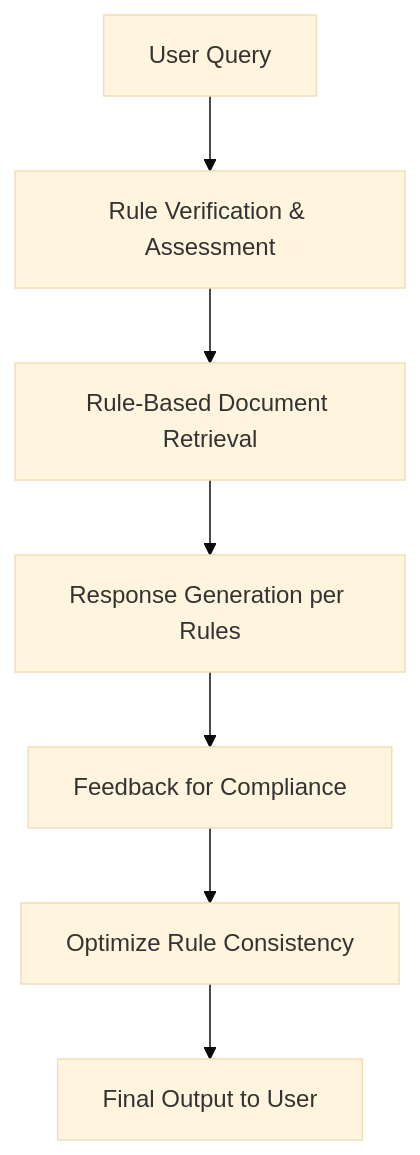
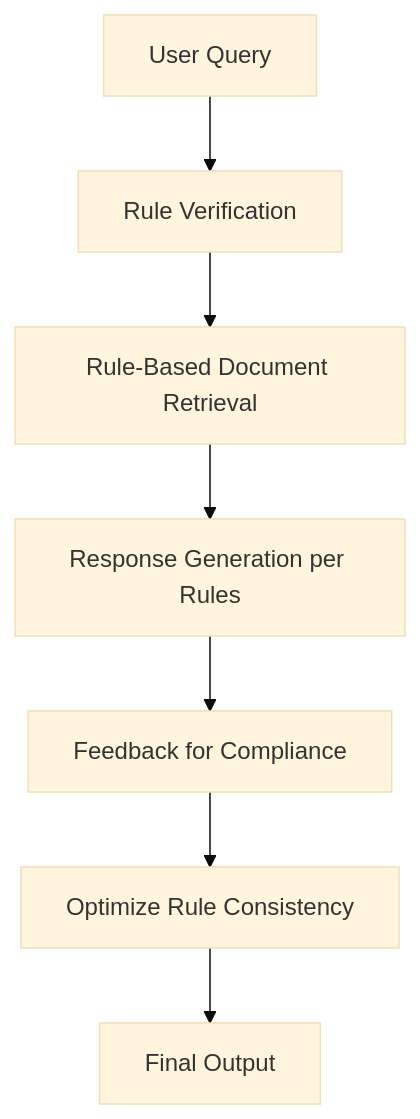
Before and after one commit to Dinuk-Di/RAG-Architectures: diagram 16 of 25 in Readme.md, drawn with Mermaid (base theme). The commit also changed other lines of this file, not shown here.

````diff
--- a/Readme.md
+++ b/Readme.md
@@ -285,9 +313,9 @@
 ```mermaid
 flowchart TD
-    A[User Query] --> B[Rule Verification & Assessment]
+    A[User Query] --> B[Rule Verification]
     B --> C[Rule-Based Document Retrieval]
     C --> D[Response Generation per Rules]
     D --> E[Feedback for Compliance]
     E --> F[Optimize Rule Consistency]
-    F --> G[Final Output to User]
+    F --> G[Final Output]
 ```
````
